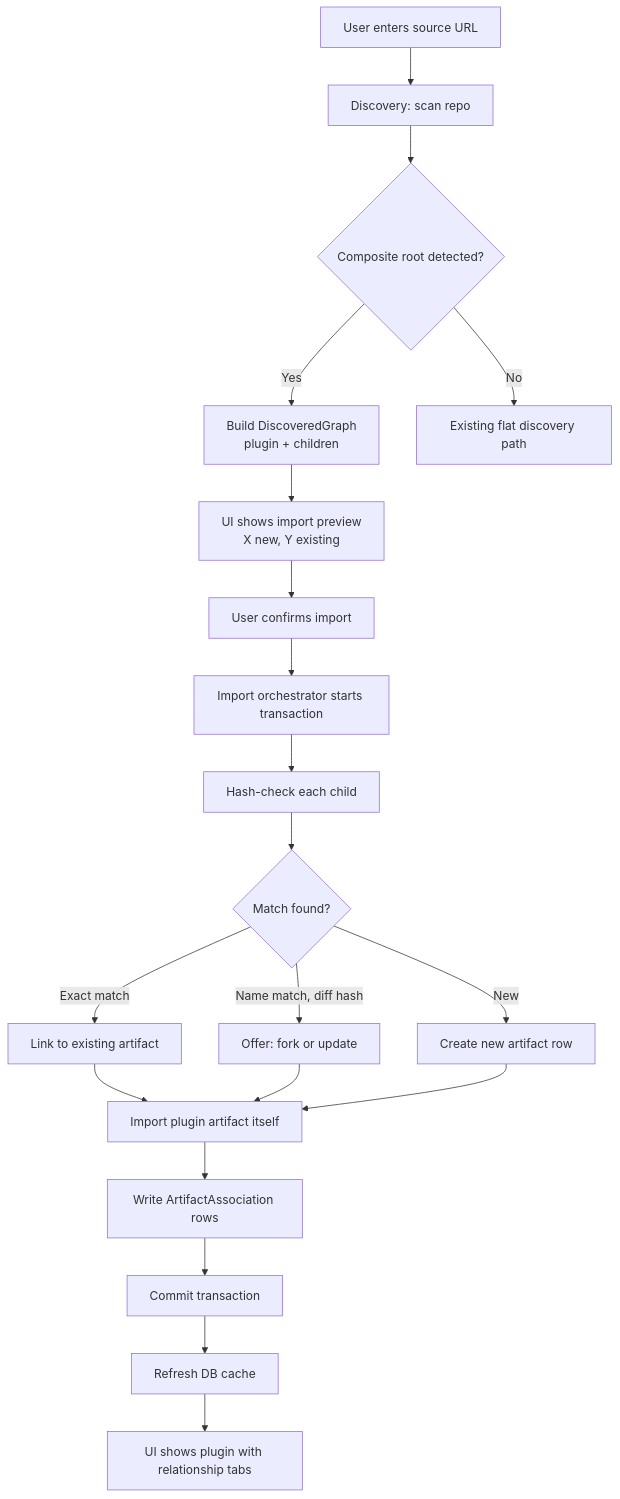
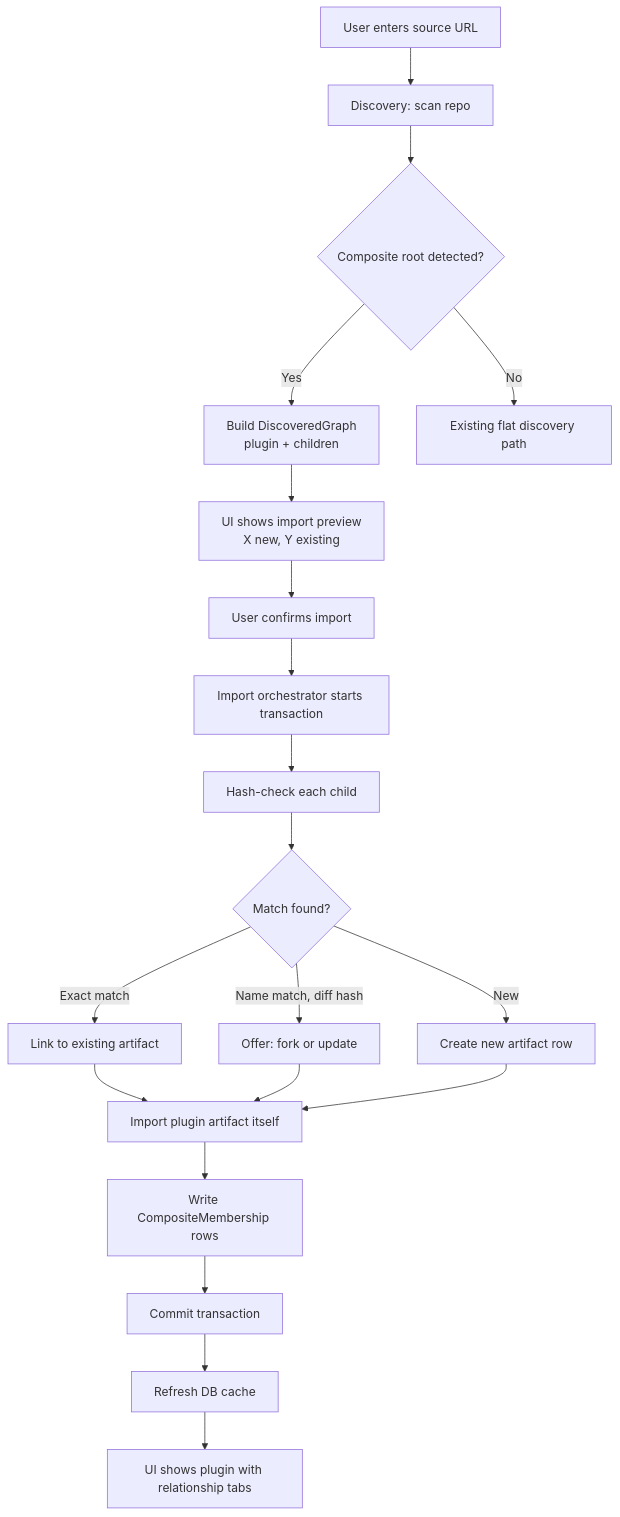
One commit to miethe/skillmeat changed the diagram in docs/project_plans/PRDs/features/composite-artifact-infrastructure-v1.md. Above: the diagram before and after it, drawn with Mermaid. The commit also changed other lines of this file and 6 other files, not shown here.

First line of the commit message:
plan: updates to composite-artifact-infra

````diff
--- a/docs/project_plans/PRDs/features/composite-artifact-infrastructure-v1.md
+++ b/docs/project_plans/PRDs/features/composite-artifact-infrastructure-v1.md
@@ -147,20 +147,20 @@
 ```mermaid
 graph TD
     A[User enters source URL] --> B[Discovery: scan repo]
     B --> C{Composite root detected?}
     C -- Yes --> D[Build DiscoveredGraph<br/>plugin + children]
     C -- No --> E[Existing flat discovery path]
     D --> F[UI shows import preview<br/>X new, Y existing]
     F --> G[User confirms import]
     G --> H[Import orchestrator starts transaction]
     H --> I[Hash-check each child]
     I --> J{Match found?}
     J -- Exact match --> K[Link to existing artifact]
     J -- Name match, diff hash --> L[Offer: fork or update]
     J -- New --> M[Create new artifact row]
     K & L & M --> N[Import plugin artifact itself]
-    N --> O[Write ArtifactAssociation rows]
+    N --> O[Write CompositeMembership rows]
     O --> P[Commit transaction]
     P --> Q[Refresh DB cache]
     Q --> R[UI shows plugin with relationship tabs]
 ```
````
